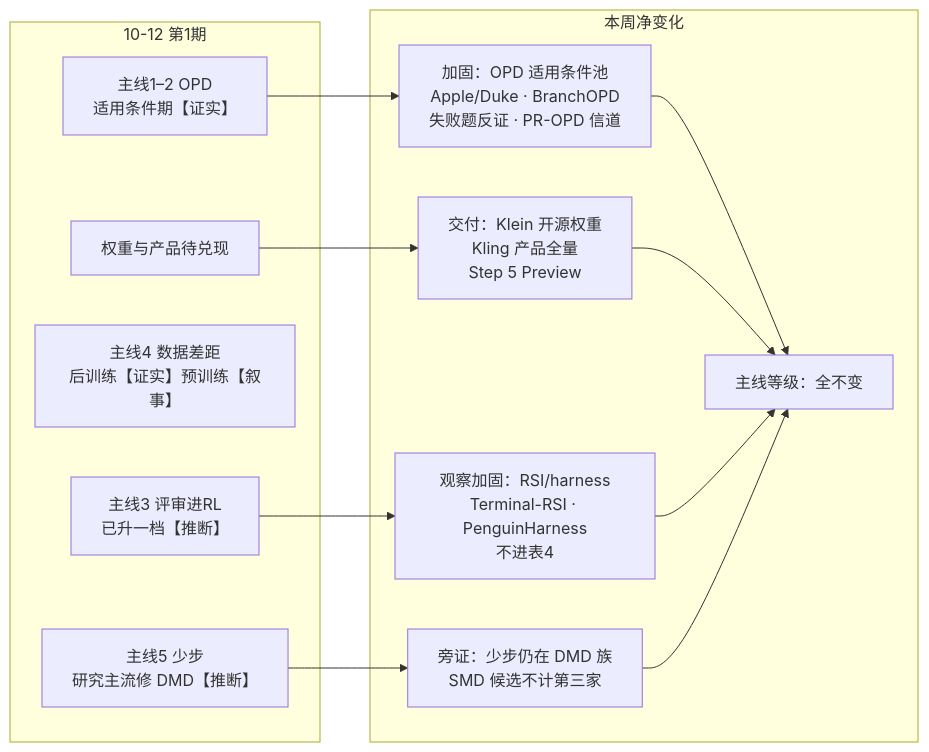
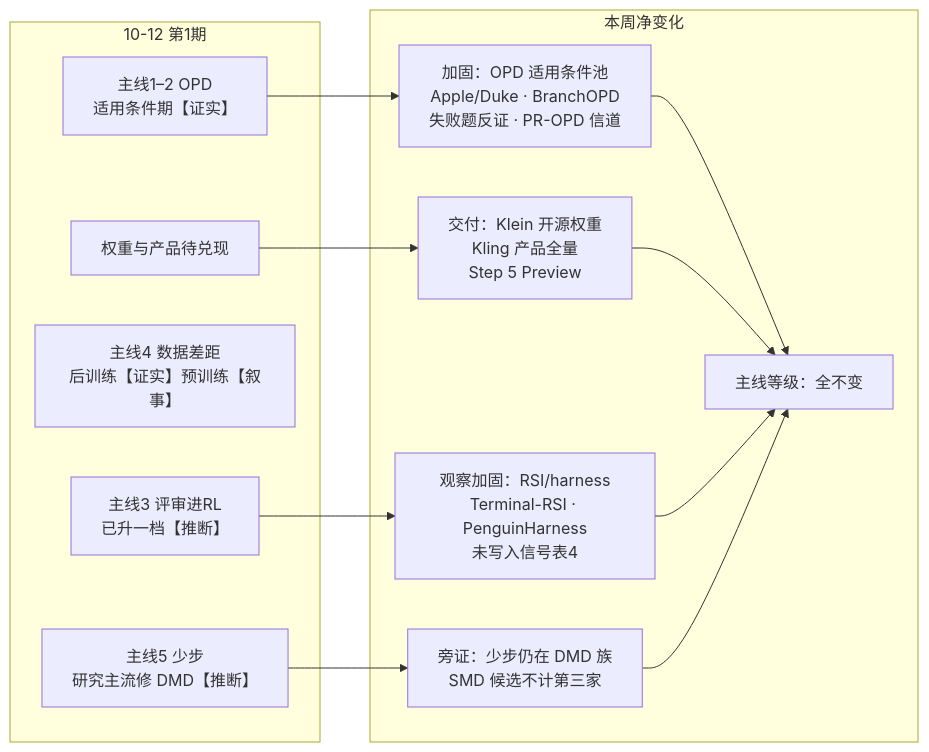
The diagram in content/weekly/2026-10-18/report.md (codyshen0000/ai-frontier-trends), drawn with Mermaid before and after one commit. The commit also changed other lines of this file and 2 other files, not shown here.

First line of the commit message:
weekly: 重绘 2026-10-18 权重图并改写不升档/不进表4

````diff
--- a/content/weekly/2026-10-18/report.md
+++ b/content/weekly/2026-10-18/report.md
@@ -11,25 +11,25 @@
 ```mermaid
 graph LR
   subgraph BASE["10-12 第1期"]
     L1["主线1–2 OPD<br/>适用条件期【证实】"]
     L3["主线3 评审进RL<br/>已升一档【推断】"]
     L4["主线4 数据差距<br/>后训练【证实】预训练【叙事】"]
     L5["主线5 少步<br/>研究主流修 DMD【推断】"]
     W["权重与产品待兑现"]
   end
   subgraph WEEK["本周净变化"]
     F12["加固：OPD 适用条件池<br/>Apple/Duke · BranchOPD<br/>失败题反证 · PR-OPD 信道"]
     D4["交付：Klein 开源权重<br/>Kling 产品全量<br/>Step 5 Preview"]
-    O4["观察加固：RSI/harness<br/>Terminal-RSI · PenguinHarness<br/>不进表4"]
+    O4["观察加固：RSI/harness<br/>Terminal-RSI · PenguinHarness<br/>未写入信号表4"]
     P5["旁证：少步仍在 DMD 族<br/>SMD 候选不计第三家"]
     U0["主线等级：全不变"]
   end
   L1 --> F12
   W --> D4
   L3 --> O4
   L5 --> P5
   F12 --> U0
   D4 --> U0
   O4 --> U0
   P5 --> U0
 ```
````
